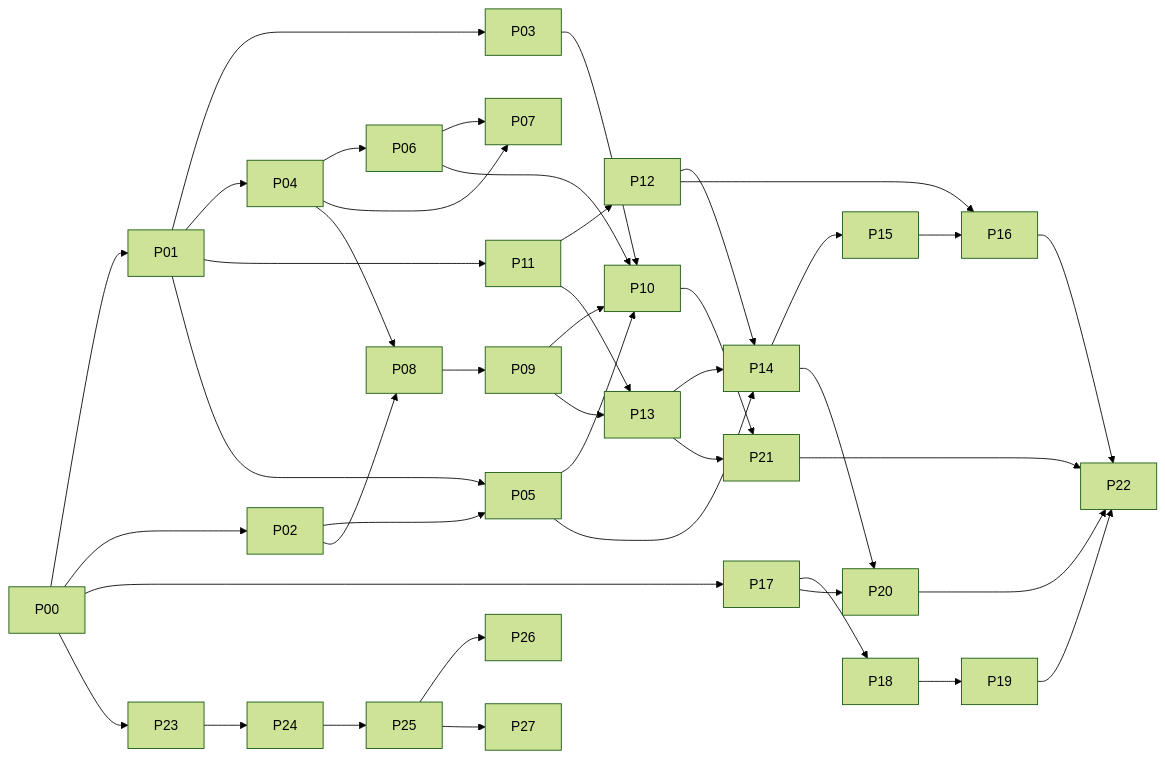
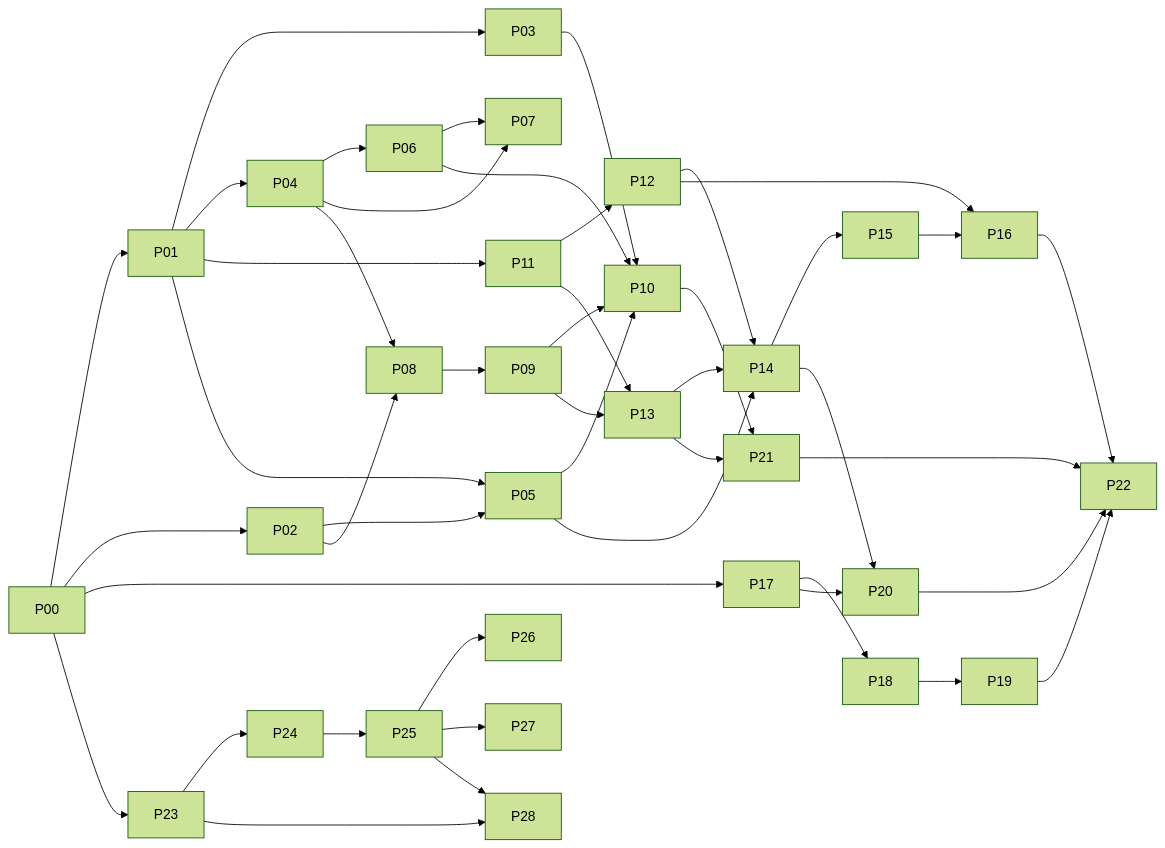
The diagram in docs/14_Build_Plan.md (Kitalon-Labs-LLC/neogold), drawn with Mermaid (forest theme) before and after one commit. The commit also changed other lines of this file and 51 other files, not shown here.

````diff
--- a/docs/14_Build_Plan.md
+++ b/docs/14_Build_Plan.md
@@ -67,45 +68,47 @@
 ```mermaid
 flowchart LR
     P00 --> P01
     P00 --> P02
     P00 --> P17
     P00 --> P23
     P23 --> P24
     P24 --> P25
     P25 --> P26
     P25 --> P27
+    P23 --> P28
+    P25 --> P28
     P01 --> P03
     P01 --> P04
     P01 --> P11
     P02 --> P05
     P01 --> P05
     P04 --> P06
     P04 --> P07
     P06 --> P07
     P02 --> P08
     P04 --> P08
     P08 --> P09
     P03 --> P10
     P05 --> P10
     P06 --> P10
     P09 --> P10
     P11 --> P12
     P09 --> P13
     P11 --> P13
     P05 --> P14
     P12 --> P14
     P13 --> P14
     P14 --> P15
     P12 --> P16
     P15 --> P16
     P17 --> P18
     P18 --> P19
     P14 --> P20
     P17 --> P20
     P10 --> P21
     P13 --> P21
     P16 --> P22
     P19 --> P22
     P20 --> P22
     P21 --> P22
 ```
````
